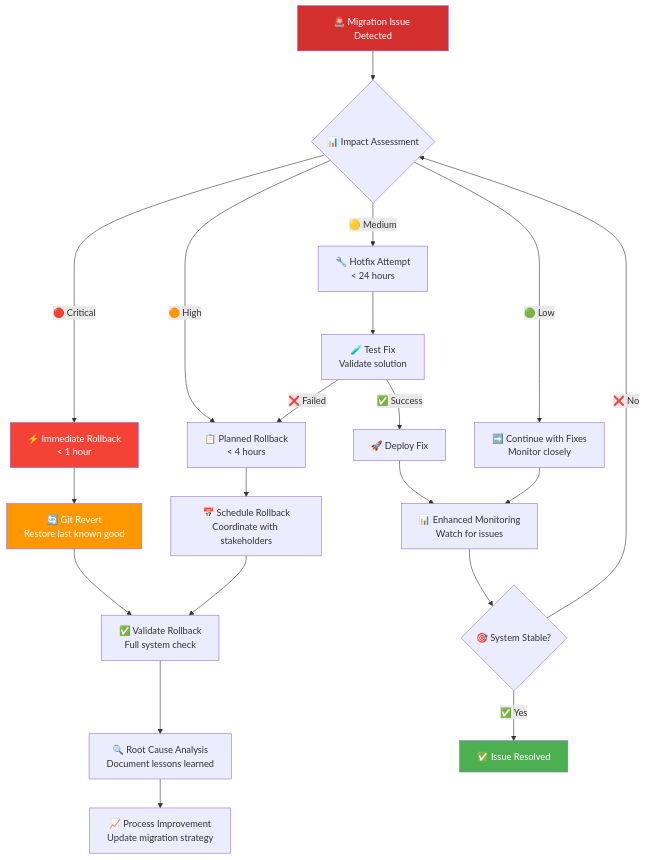
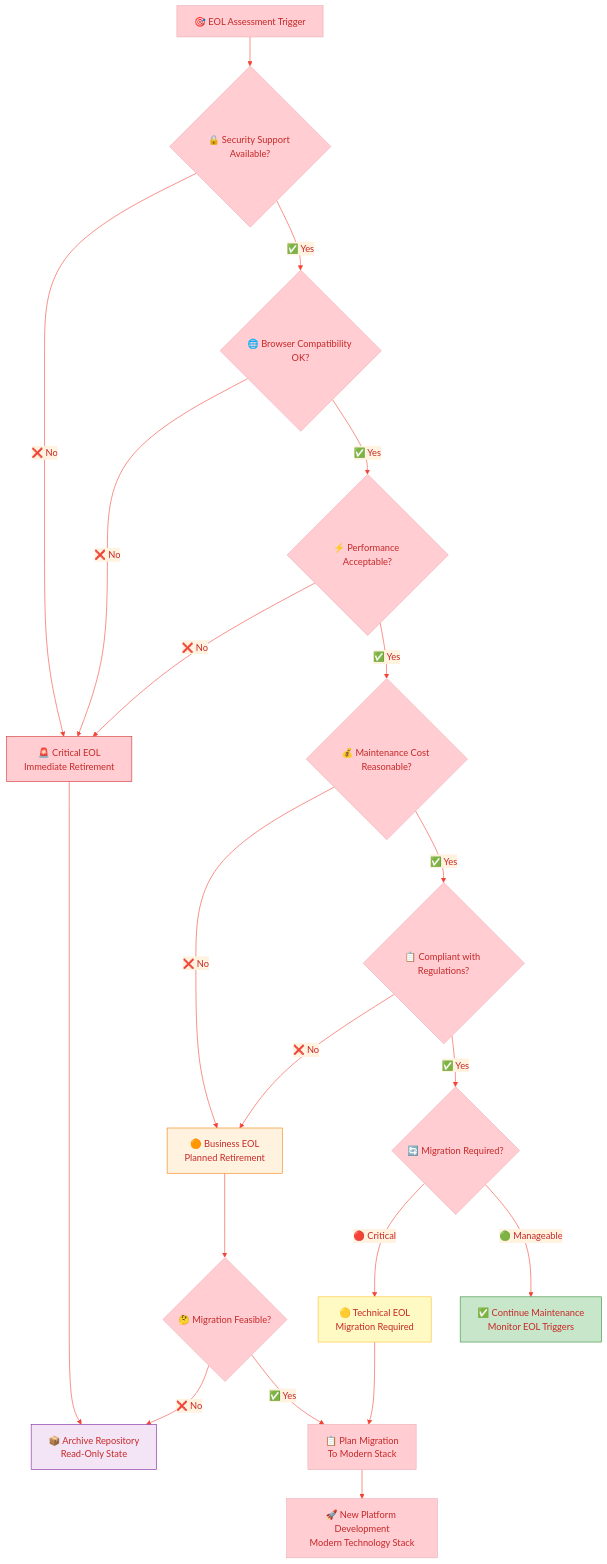
The sixth of 8 diagrams in docs/End-of-Life-Strategy.md (Hack23/cia-compliance-manager), drawn with Mermaid before and after one commit. The commit also changed other lines of this file and 1 other file, not shown here.

Commit message:
Implement code changes to enhance functionality and improve performance

````diff
--- a/docs/End-of-Life-Strategy.md
+++ b/docs/End-of-Life-Strategy.md
@@ -278,32 +420,49 @@
 ```mermaid
+%%{
+  init: {
+    'theme': 'base',
+    'themeVariables': {
+      'primaryColor': '#ffcdd2',
+      'primaryTextColor': '#c62828',
+      'lineColor': '#f44336',
+      'secondaryColor': '#fff3e0',
+      'tertiaryColor': '#e8f5e9'
+    }
+  }
+}%%
 flowchart TD
-    INCIDENT[🚨 Migration Issue Detected] --> ASSESS{📊 Impact Assessment}
-    
-    ASSESS -->|🔴 Critical| IMMEDIATE[⚡ Immediate Rollback<br/>< 1 hour]
-    ASSESS -->|🟠 High| PLANNED[📋 Planned Rollback<br/>< 4 hours]
-    ASSESS -->|🟡 Medium| HOTFIX[🔧 Hotfix Attempt<br/>< 24 hours]
-    ASSESS -->|🟢 Low| CONTINUE[➡️ Continue with Fixes<br/>Monitor closely]
-    
-    IMMEDIATE --> RESTORE[🔄 Git Revert<br/>Restore last known good]
-    PLANNED --> SCHEDULE[📅 Schedule Rollback<br/>Coordinate with stakeholders]
-    HOTFIX --> TEST[🧪 Test Fix<br/>Validate solution]
-    
-    RESTORE --> VALIDATE_ROLLBACK[✅ Validate Rollback<br/>Full system check]
-    SCHEDULE --> VALIDATE_ROLLBACK
-    TEST -->|✅ Success| DEPLOY_FIX[🚀 Deploy Fix]
-    TEST -->|❌ Failed| PLANNED
-    
-    VALIDATE_ROLLBACK --> INVESTIGATE[🔍 Root Cause Analysis<br/>Document lessons learned]
-    DEPLOY_FIX --> MONITOR[📊 Enhanced Monitoring<br/>Watch for issues]
-    CONTINUE --> MONITOR
-    
-    INVESTIGATE --> IMPROVE[📈 Process Improvement<br/>Update migration strategy]
-    MONITOR --> STABLE{🎯 System Stable?}
-    STABLE -->|✅ Yes| COMPLETE[✅ Issue Resolved]
-    STABLE -->|❌ No| ASSESS
-    
-    style INCIDENT fill:#d32f2f,color:#fff
-    style IMMEDIATE fill:#f44336,color:#fff
-    style RESTORE fill:#ff9800,color:#fff
-    style COMPLETE fill:#4caf50,color:#fff
+    START[🎯 EOL Assessment Trigger] --> SECURITY{🔒 Security Support Available?}
+
+    SECURITY -->|❌ No| CRITICAL[🚨 Critical EOL<br/>Immediate Retirement]
+    SECURITY -->|✅ Yes| BROWSER{🌐 Browser Compatibility OK?}
+
+    BROWSER -->|❌ No| CRITICAL
+    BROWSER -->|✅ Yes| PERFORMANCE{⚡ Performance Acceptable?}
+
+    PERFORMANCE -->|❌ No| CRITICAL
+    PERFORMANCE -->|✅ Yes| MAINTENANCE{💰 Maintenance Cost Reasonable?}
+
+    MAINTENANCE -->|❌ No| BUSINESS[🟠 Business EOL<br/>Planned Retirement]
+    MAINTENANCE -->|✅ Yes| COMPLIANCE{📋 Compliant with Regulations?}
+
+    COMPLIANCE -->|❌ No| BUSINESS
+    COMPLIANCE -->|✅ Yes| MIGRATION{🔄 Migration Required?}
+
+    MIGRATION -->|🔴 Critical| TECHNICAL[🟡 Technical EOL<br/>Migration Required]
+    MIGRATION -->|🟢 Manageable| CONTINUE[✅ Continue Maintenance<br/>Monitor EOL Triggers]
+
+    CRITICAL --> ARCHIVE[📦 Archive Repository<br/>Read-Only State]
+    BUSINESS --> MIGRATE_OR_ARCHIVE{🤔 Migration Feasible?}
+    TECHNICAL --> PLAN_MIGRATION[📋 Plan Migration<br/>To Modern Stack]
+
+    MIGRATE_OR_ARCHIVE -->|❌ No| ARCHIVE
+    MIGRATE_OR_ARCHIVE -->|✅ Yes| PLAN_MIGRATION
+
+    PLAN_MIGRATION --> NEW_PLATFORM[🚀 New Platform Development<br/>Modern Technology Stack]
+
+    style CRITICAL fill:#ffcdd2,stroke:#d32f2f
+    style BUSINESS fill:#fff3e0,stroke:#f57c00
+    style TECHNICAL fill:#fff9c4,stroke:#fbc02d
+    style CONTINUE fill:#c8e6c9,stroke:#388e3c
+    style ARCHIVE fill:#f3e5f5,stroke:#7b1fa2
 ```
````
